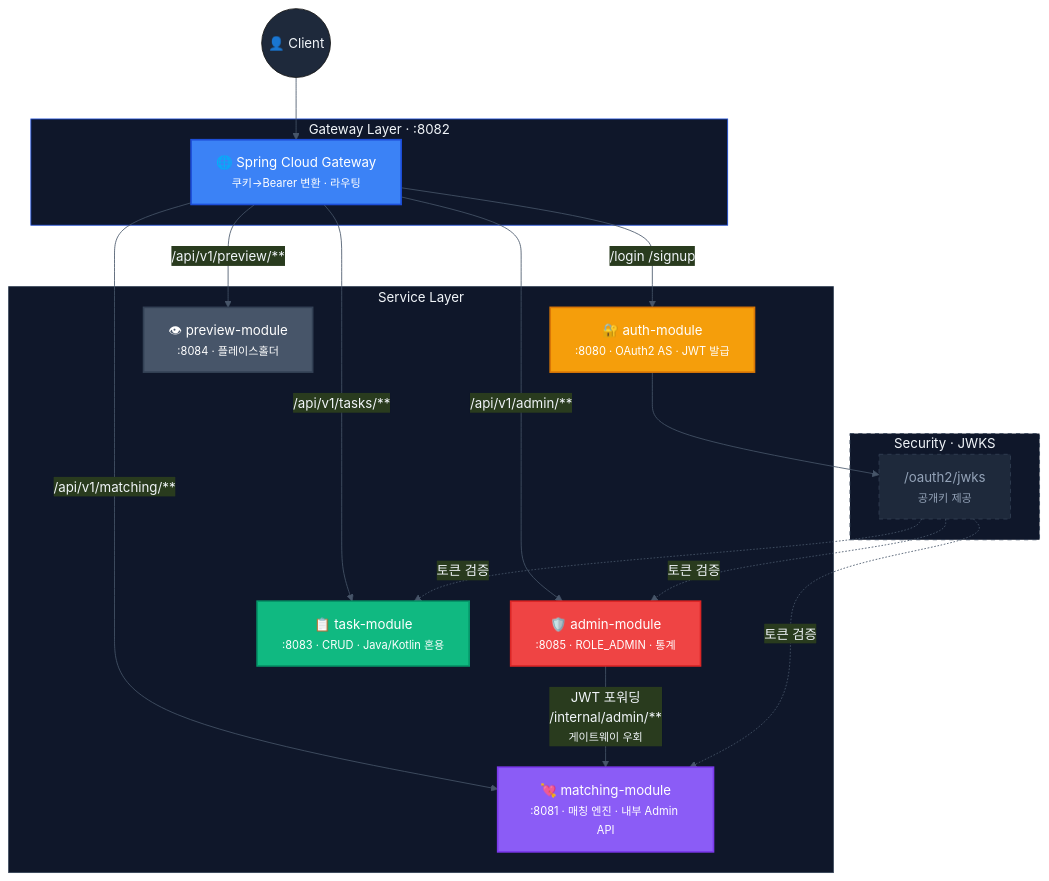
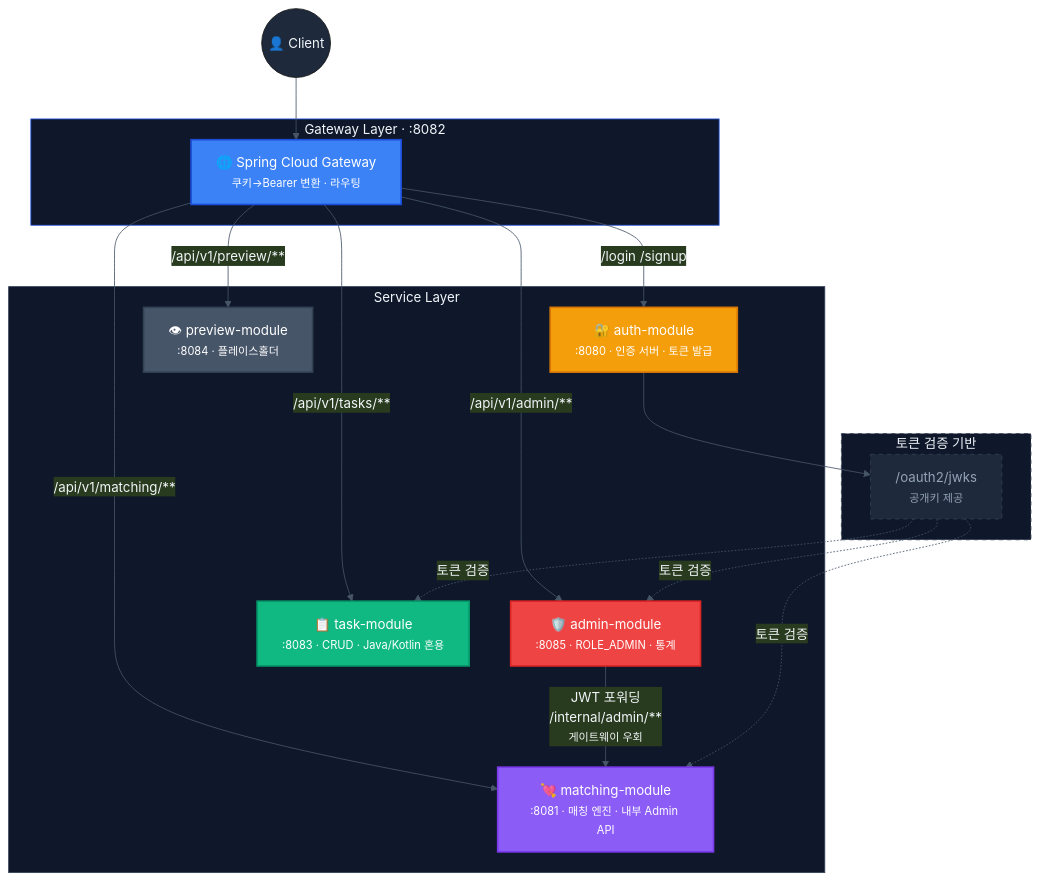
Before and after one commit to hello-pebble/auth-gateway-platform: the fourth of 4 diagrams in README.md, drawn with Mermaid. The commit also changed other lines of this file and 2 other files, not shown here.

````diff
--- a/README.md
+++ b/README.md
@@ -138,46 +138,46 @@
 ```mermaid
 %%{init: {'theme': 'base', 'themeVariables': {'primaryColor': '#1e293b', 'primaryTextColor': '#f1f5f9', 'lineColor': '#475569', 'clusterBkg': '#0f172a', 'clusterBorder': '#334155', 'titleColor': '#f1f5f9'}}}%%
 graph TD
     Client(("👤 Client"))
 
     subgraph GW_ZONE["Gateway Layer · :8082"]
         GW["🌐 Spring Cloud Gateway<br/><small>쿠키→Bearer 변환 · 라우팅</small>"]
     end
 
     subgraph SERVICES["Service Layer"]
-        AUTH["🔐 auth-module<br/><small>:8080 · OAuth2 AS · JWT 발급</small>"]
+        AUTH["🔐 auth-module<br/><small>:8080 · 인증 서버 · 토큰 발급</small>"]
         MATCH["💘 matching-module<br/><small>:8081 · 매칭 엔진 · 내부 Admin API</small>"]
         ADMIN["🛡️ admin-module<br/><small>:8085 · ROLE_ADMIN · 통계</small>"]
         TASK["📋 task-module<br/><small>:8083 · CRUD · Java/Kotlin 혼용</small>"]
         PREVIEW["👁 preview-module<br/><small>:8084 · 플레이스홀더</small>"]
     end
 
-    subgraph SECURITY["Security · JWKS"]
+    subgraph SECURITY["토큰 검증 기반"]
         JWKS["/oauth2/jwks<br/><small>공개키 제공</small>"]
     end
 
     Client --> GW
     GW -->|"/login /signup"| AUTH
     GW -->|"/api/v1/matching/**"| MATCH
     GW -->|"/api/v1/admin/**"| ADMIN
     GW -->|"/api/v1/tasks/**"| TASK
     GW -->|"/api/v1/preview/**"| PREVIEW
 
     ADMIN -->|"JWT 포워딩<br/>/internal/admin/**<br/><small>게이트웨이 우회</small>"| MATCH
 
     AUTH --> JWKS
     JWKS -.->|"토큰 검증"| MATCH
     JWKS -.->|"토큰 검증"| ADMIN
     JWKS -.->|"토큰 검증"| TASK
 
     style GW    fill:#3b82f6,color:#fff,stroke:#1d4ed8,stroke-width:2px
     style AUTH  fill:#f59e0b,color:#fff,stroke:#d97706,stroke-width:2px
     style MATCH fill:#8b5cf6,color:#fff,stroke:#7c3aed,stroke-width:2px
     style ADMIN fill:#ef4444,color:#fff,stroke:#dc2626,stroke-width:2px
     style TASK  fill:#10b981,color:#fff,stroke:#059669,stroke-width:2px
     style PREVIEW fill:#475569,color:#fff,stroke:#334155,stroke-width:2px
     style JWKS  fill:#1e293b,color:#94a3b8,stroke:#334155,stroke-dasharray:5 5
     style GW_ZONE fill:#0f172a,color:#f1f5f9,stroke:#1d4ed8
     style SERVICES fill:#0f172a,color:#f1f5f9,stroke:#334155
     style SECURITY fill:#0f172a,color:#f1f5f9,stroke:#334155,stroke-dasharray:5 5
 ```
````
